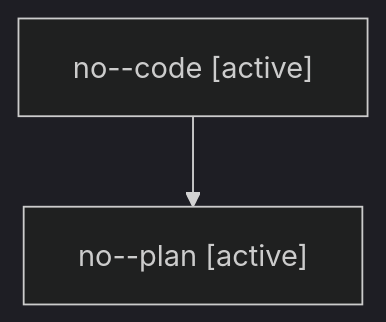
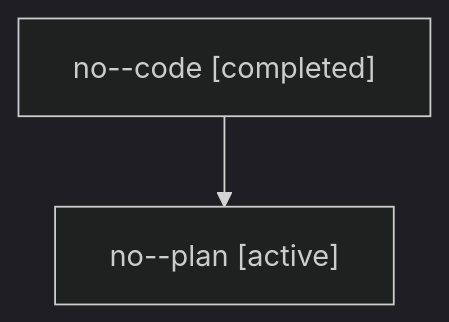
The diagram in families/bbugyi200.athena.no.md (sase-org/sase--agents), drawn with Mermaid (dark theme) before and after one commit. The commit also changed other lines of this file and 5813 other files, not shown here.

````diff
--- a/families/bbugyi200.athena.no.md
+++ b/families/bbugyi200.athena.no.md
@@ -9,6 +9,6 @@
 ```mermaid
 flowchart TD
-  n0["no--code [active]"]
+  n0["no--code [completed]"]
   n1["no--plan [active]"]
   n0 --> n1
 ```
````
